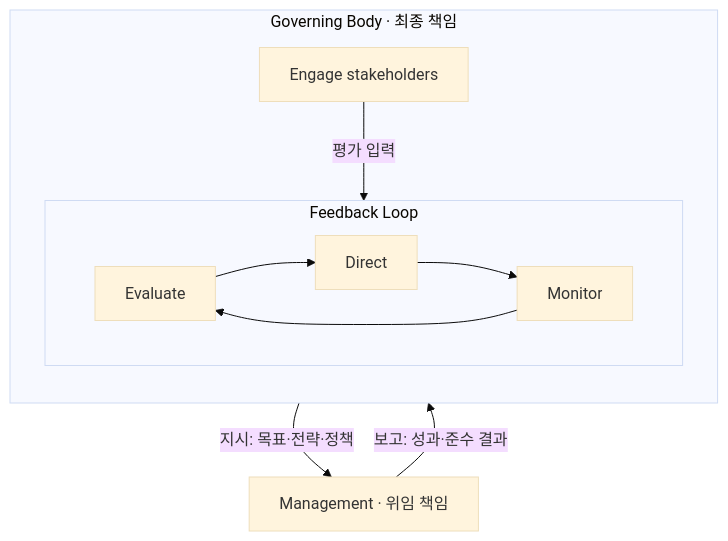
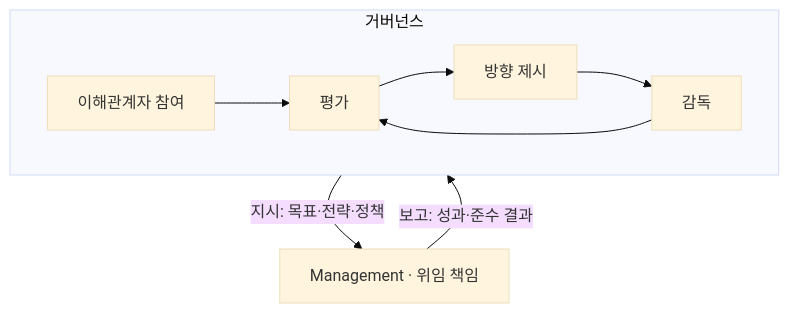
One commit to agnusdei1207/study changed the first of 3 diagrams in src/content/docs/notes/itpe/01-it-strategy/002_iso_iec_38500.md. Above: the diagram before and after it, drawn with Mermaid (base theme). The commit also changed other lines of this file and 16 other files, not shown here.

````diff
--- a/src/content/docs/notes/itpe/01-it-strategy/002_iso_iec_38500.md
+++ b/src/content/docs/notes/itpe/01-it-strategy/002_iso_iec_38500.md
@@ -49,15 +49,10 @@
 ```mermaid
 flowchart TB
-    subgraph GB["Governing Body · 최종 책임"]
-        direction TB
-        ST["Engage stakeholders"]
-        subgraph LOOP["Feedback Loop"]
-            direction LR
-            E["Evaluate"] --> D["Direct"] --> M["Monitor"] --> E
-        end
-        ST -->|평가 입력| LOOP
+    subgraph GB["거버넌스"]
+        direction LR
+        S["이해관계자 참여"] --> E["평가"] --> D["방향 제시"] --> M["감독"] --> E
     end
     MG["Management · 위임 책임"]
     GB -->|지시: 목표·전략·정책| MG
     MG -->|보고: 성과·준수 결과| GB
 ```
````
